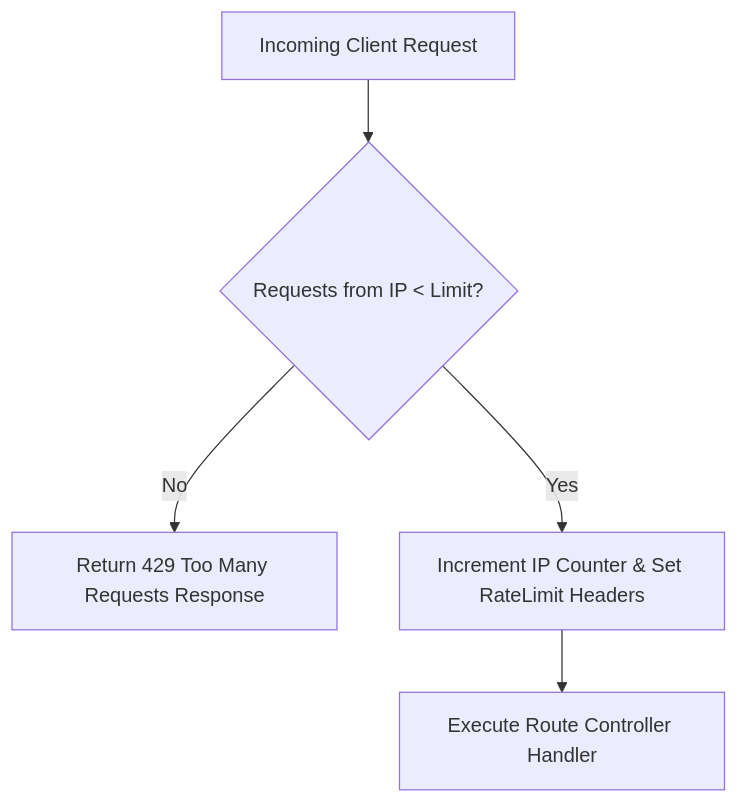
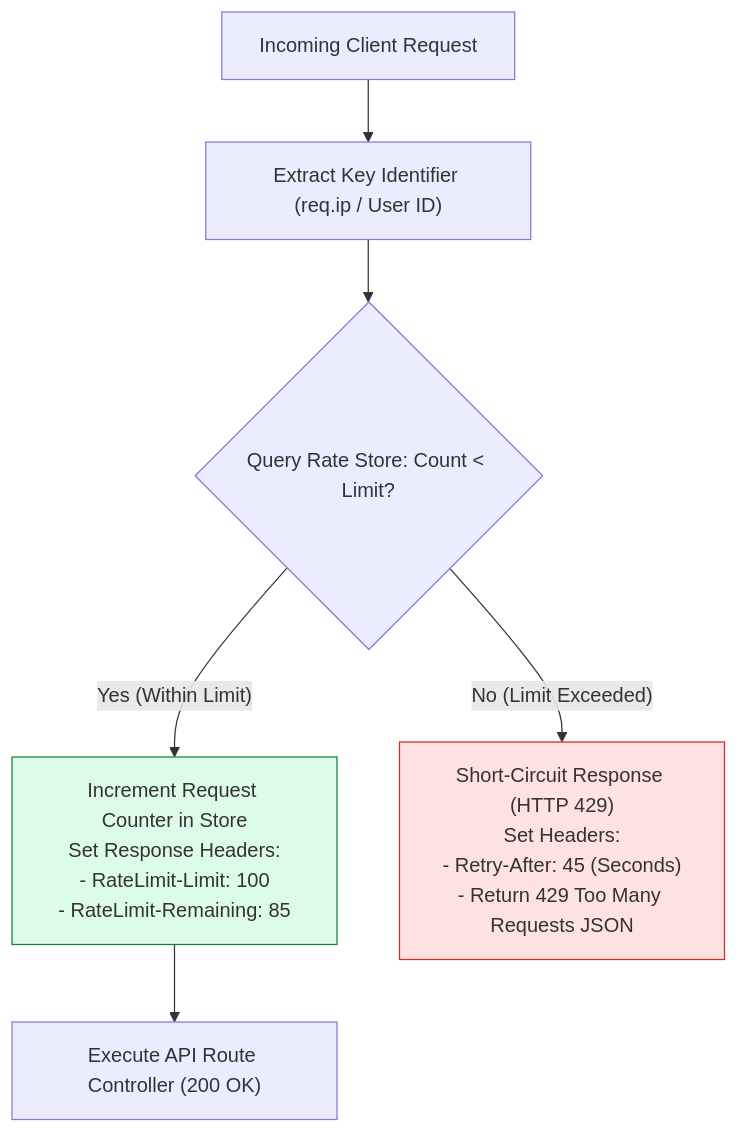
The first of 3 diagrams in express-notes/19-rate-limiting.md (Amie-dev/engineering-playbook), drawn with Mermaid before and after one commit. The commit also changed other lines of this file and 26 other files, not shown here.

````diff
--- a/express-notes/19-rate-limiting.md
+++ b/express-notes/19-rate-limiting.md
@@ -10,8 +13,14 @@
 ```mermaid
 flowchart TD
-    Req[Incoming Client Request] --> RateLimiter{Requests from IP < Limit?}
-    RateLimiter -- Yes --> Increment["Increment IP Counter & Set RateLimit Headers"]
-    Increment --> RouteHandler[Execute Route Controller Handler]
-    
-    RateLimiter -- No --> 429["Return 429 Too Many Requests Response"]
+    ClientReq[Incoming Client Request] --> KeyGen["Extract Key Identifier (req.ip / User ID)"]
+
+    KeyGen --> CounterCheck{Query Rate Store: Count < Limit?}
+
+    CounterCheck -- "Yes (Within Limit)" --> Increment["Increment Request Counter in Store<br/>Set Response Headers:<br/>- RateLimit-Limit: 100<br/>- RateLimit-Remaining: 85"]
+    Increment --> RouteController["Execute API Route Controller (200 OK)"]
+
+    CounterCheck -- "No (Limit Exceeded)" --> Block429["Short-Circuit Response (HTTP 429)<br/>Set Headers:<br/>- Retry-After: 45 (Seconds)<br/>- Return 429 Too Many Requests JSON"]
+
+    style Increment fill:#dcfce7,stroke:#15803d
+    style Block429 fill:#fee2e2,stroke:#dc2626
 ```
````
